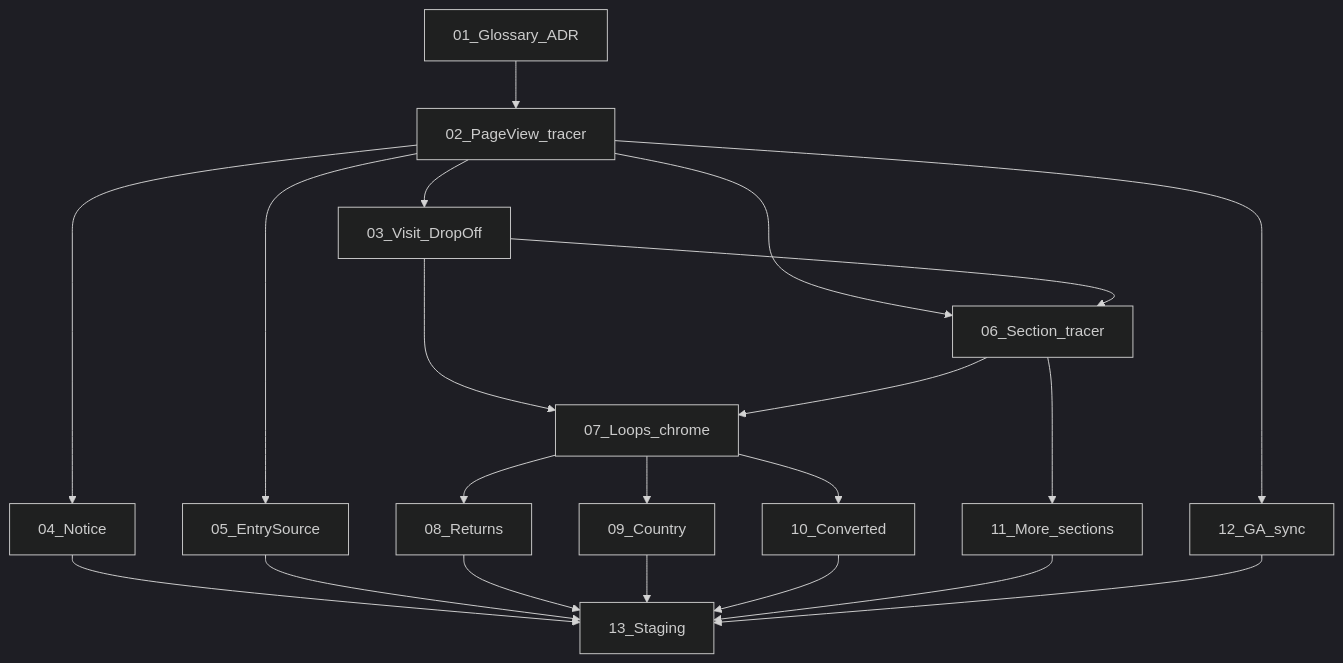
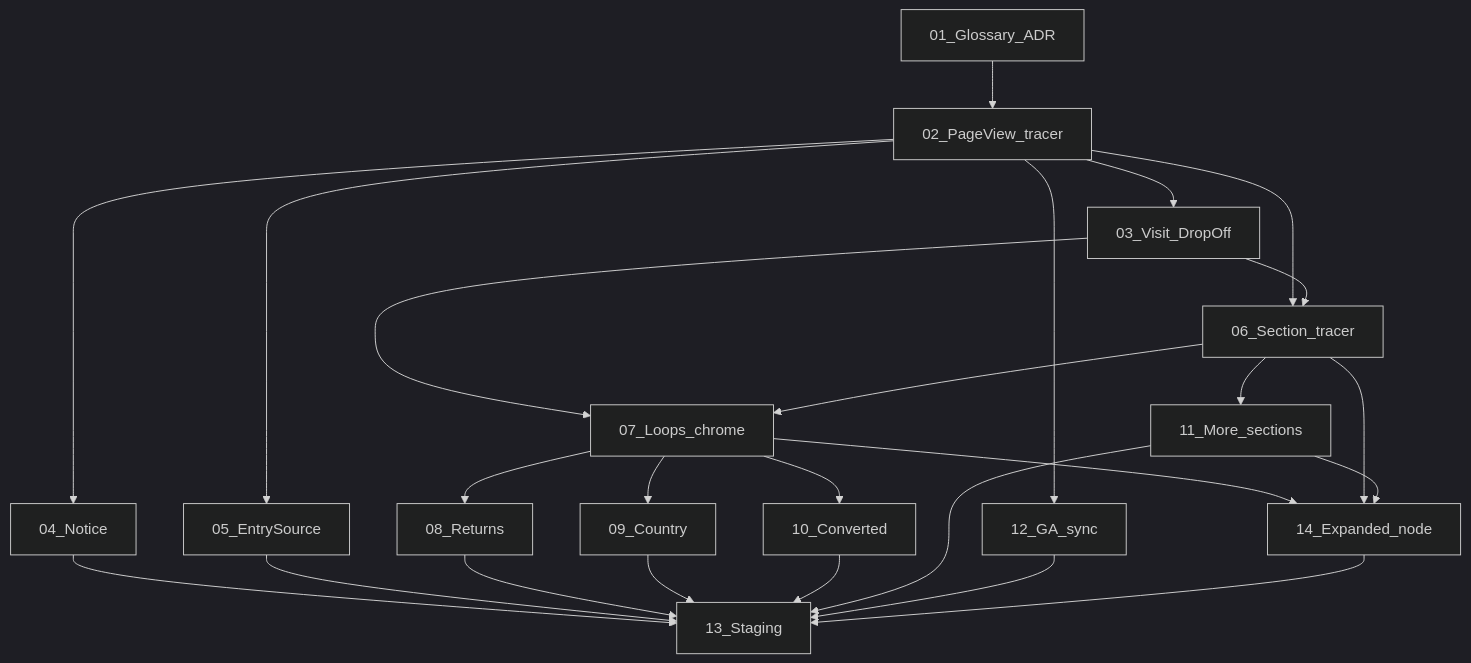
The diagram in .claude/PRD-prospect-journey-analytics/issues/README.md (ivanyeors/mp), drawn with Mermaid (dark theme) before and after one commit. The commit also changed other lines of this file and 19 other files, not shown here.

First line of the commit message:
feat(analytics): Expanded node dig-in replaces side panel (slice 14)

````diff
--- a/.claude/PRD-prospect-journey-analytics/issues/README.md
+++ b/.claude/PRD-prospect-journey-analytics/issues/README.md
@@ -27,37 +28,42 @@
 ```mermaid
 graph TD
   s01[01_Glossary_ADR]
   s02[02_PageView_tracer]
   s03[03_Visit_DropOff]
   s04[04_Notice]
   s05[05_EntrySource]
   s06[06_Section_tracer]
   s07[07_Loops_chrome]
   s08[08_Returns]
   s09[09_Country]
   s10[10_Converted]
   s11[11_More_sections]
   s12[12_GA_sync]
   s13[13_Staging]
+  s14[14_Expanded_node]
 
   s01 --> s02
   s02 --> s03
   s02 --> s04
   s02 --> s05
   s02 --> s12
   s02 --> s06
   s03 --> s06
   s03 --> s07
   s06 --> s07
   s07 --> s08
   s07 --> s09
   s07 --> s10
   s06 --> s11
+  s07 --> s14
+  s06 --> s14
+  s11 --> s14
   s04 --> s13
   s05 --> s13
   s08 --> s13
   s09 --> s13
   s10 --> s13
   s11 --> s13
   s12 --> s13
+  s14 --> s13
 ```
````
